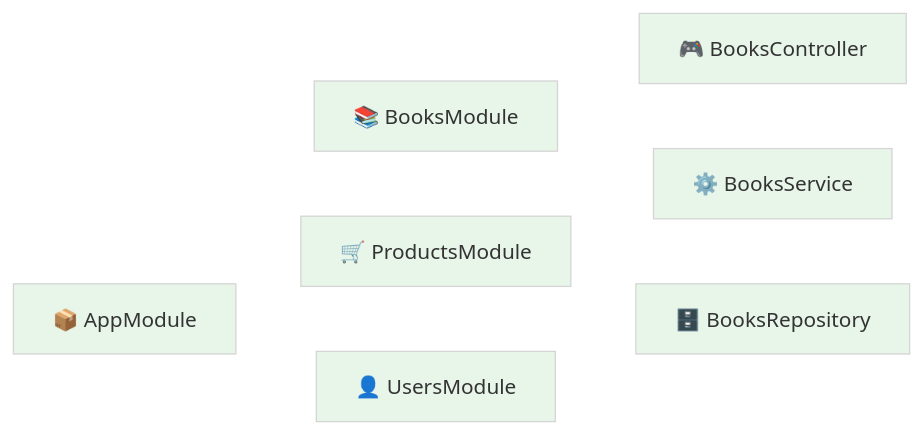
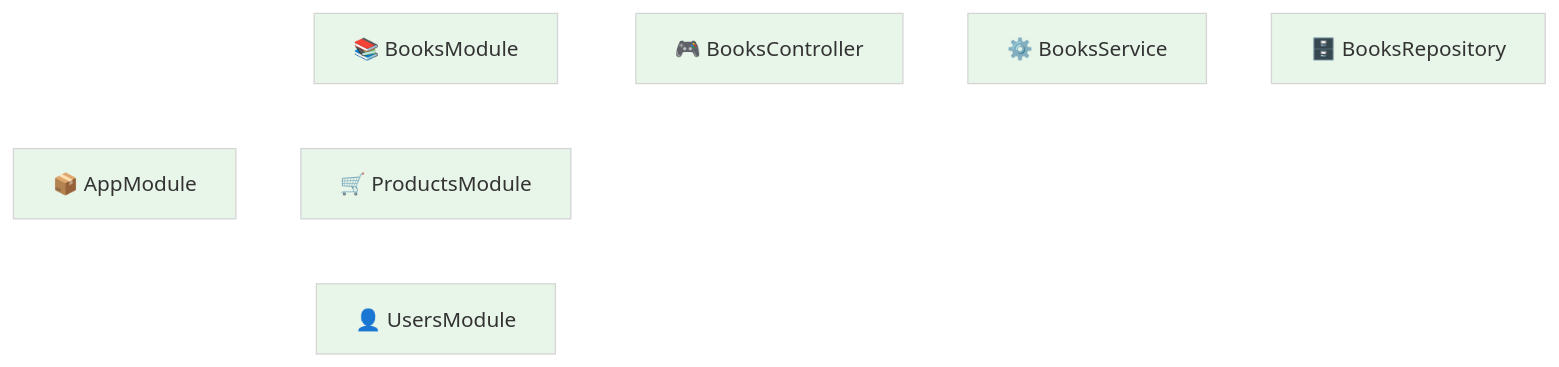
One commit to alvianzf/introduction-to-nest changed the first of 4 diagrams in CODEBASE_ANALYSIS.md. Above: the diagram before and after it, drawn with Mermaid. The commit also changed other lines of this file and 1 other file, not shown here.

````diff
--- a/CODEBASE_ANALYSIS.md
+++ b/CODEBASE_ANALYSIS.md
@@ -12,13 +11,13 @@
 ```mermaid
 %%{init: {'theme': 'base', 'themeVariables': { 'primaryColor': '#e8f5e9', 'edgeColor': '#ffffff', 'tertiaryColor': '#fff3e0', 'lineColor': '#ffffff'}}}%%
 graph LR
     AppModule["📦 AppModule"] --> BooksModule["📚 BooksModule"]
     AppModule --> ProductsModule["🛒 ProductsModule"]
     AppModule --> UsersModule["👤 UsersModule"]
-
+    
     BooksModule --> BooksController["🎮 BooksController"]
-    BooksModule --> BooksService["⚙️ BooksService"]
-    BooksModule --> BooksRepository["🗄️ BooksRepository"]
+    BooksController --> BooksService["⚙️ BooksService"]
+    BooksService --> BooksRepository["🗄️ BooksRepository"]
 
     linkStyle default stroke:#ffffff,stroke-width:2px
 ```
````
